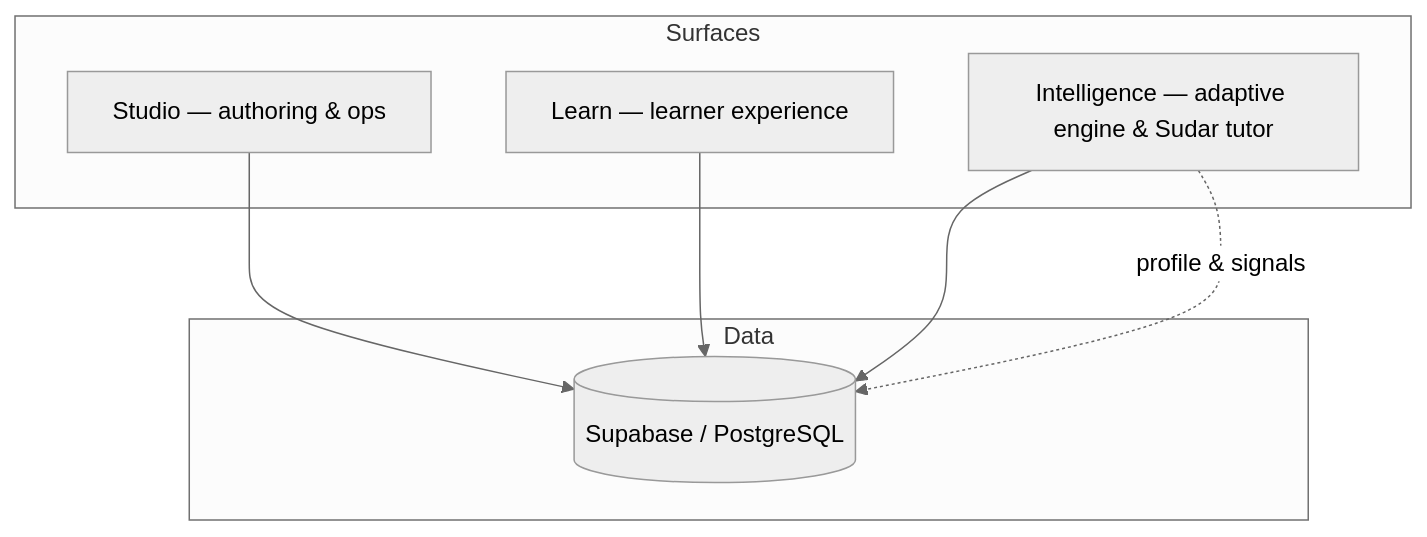
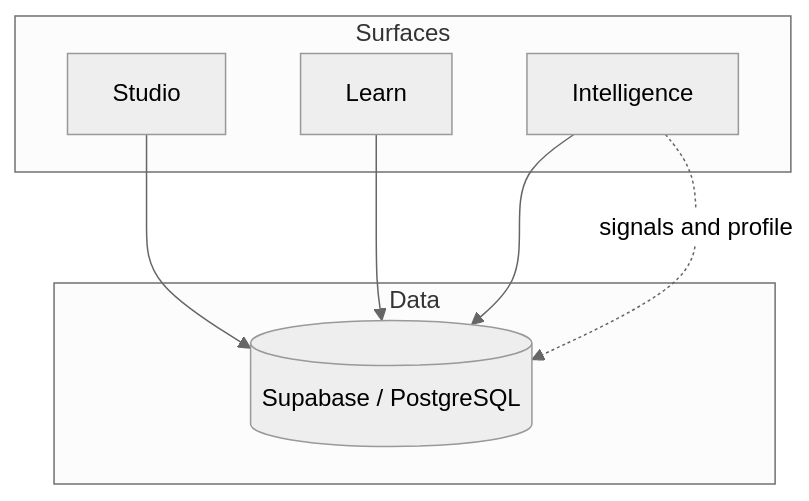
One commit to Dhanikesh-Karunanithi/Sudar changed the diagram in README.md. Above: the diagram before and after it, drawn with Mermaid (neutral theme). The commit also changed other lines of this file and 1 other file, not shown here.

First line of the commit message:
docs: refresh Sudar GitHub homepage and updates log

````diff
--- a/README.md
+++ b/README.md
@@ -48,15 +45,15 @@
 ```mermaid
 flowchart TB
   subgraph surfaces [Surfaces]
-    Studio[Studio — authoring & ops]
-    Learn[Learn — learner experience]
-    Intel[Intelligence — adaptive engine & Sudar tutor]
+    Studio[Studio]
+    Learn[Learn]
+    Intel[Intelligence]
   end
   subgraph data [Data]
     Supabase[(Supabase / PostgreSQL)]
   end
   Studio --> Supabase
   Learn --> Supabase
   Intel --> Supabase
-  Intel -.->|profile & signals| Supabase
+  Intel -.->|signals and profile| Supabase
 ```
````
